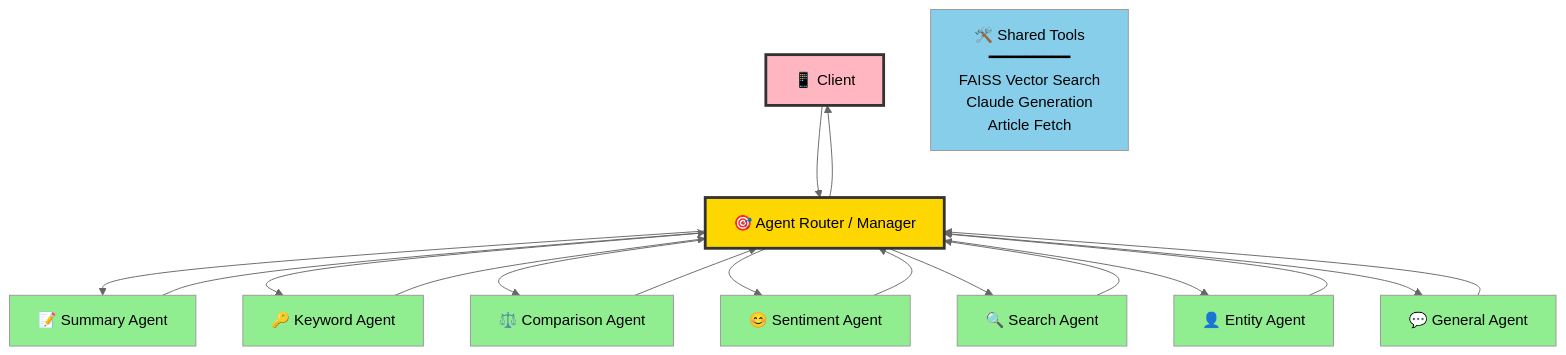
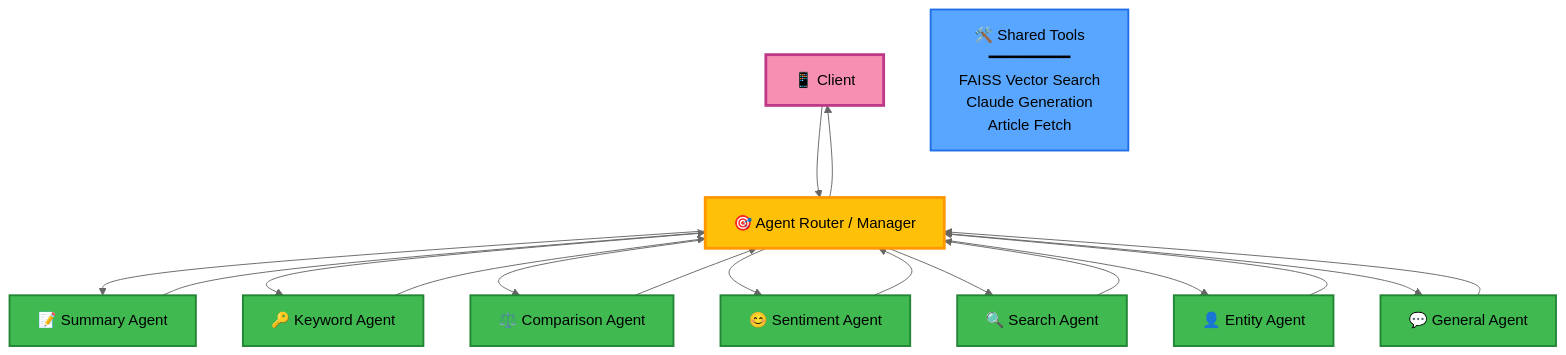
The second of 2 diagrams in AGENT_OPTIMIZATION.md (Danor93/Clarticle), drawn with Mermaid (neutral theme) before and after one commit.

Commit message:
style: Update flowchart colors for improved visibility in AGENT_OPTIMIZATION.md

````diff
--- a/AGENT_OPTIMIZATION.md
+++ b/AGENT_OPTIMIZATION.md
@@ -36,35 +36,35 @@
 ```mermaid
 flowchart TB
     CLIENT[📱 Client] --> ROUTER[🎯 Agent Router / Manager]
 
     ROUTER --> SA[📝 Summary Agent]
     ROUTER --> KA[🔑 Keyword Agent]
     ROUTER --> CA[⚖️ Comparison Agent]
     ROUTER --> SNA[😊 Sentiment Agent]
     ROUTER --> SEA[🔍 Search Agent]
     ROUTER --> EA[👤 Entity Agent]
     ROUTER --> GA[💬 General Agent]
 
     SA --> ROUTER
     KA --> ROUTER
     CA --> ROUTER
     SNA --> ROUTER
     SEA --> ROUTER
     EA --> ROUTER
     GA --> ROUTER
 
     ROUTER --> CLIENT
 
     TOOLS[🛠️ Shared Tools<br/>━━━━━━━━━<br/>FAISS Vector Search<br/>Claude Generation<br/>Article Fetch]
 
-    style CLIENT fill:#FFB6C1,stroke:#333,stroke-width:3px
-    style ROUTER fill:#FFD700,stroke:#333,stroke-width:3px
-    style SA fill:#90EE90
-    style KA fill:#90EE90
-    style CA fill:#90EE90
-    style SNA fill:#90EE90
-    style SEA fill:#90EE90
-    style EA fill:#90EE90
-    style GA fill:#90EE90
-    style TOOLS fill:#87CEEB
+    style CLIENT fill:#f78fb3,stroke:#bf3989,stroke-width:3px,color:#000
+    style ROUTER fill:#ffc107,stroke:#ff9800,stroke-width:3px,color:#000
+    style SA fill:#3fb950,stroke:#238636,stroke-width:2px,color:#000
+    style KA fill:#3fb950,stroke:#238636,stroke-width:2px,color:#000
+    style CA fill:#3fb950,stroke:#238636,stroke-width:2px,color:#000
+    style SNA fill:#3fb950,stroke:#238636,stroke-width:2px,color:#000
+    style SEA fill:#3fb950,stroke:#238636,stroke-width:2px,color:#000
+    style EA fill:#3fb950,stroke:#238636,stroke-width:2px,color:#000
+    style GA fill:#3fb950,stroke:#238636,stroke-width:2px,color:#000
+    style TOOLS fill:#58a6ff,stroke:#1f6feb,stroke-width:2px,color:#000
 ```
````
